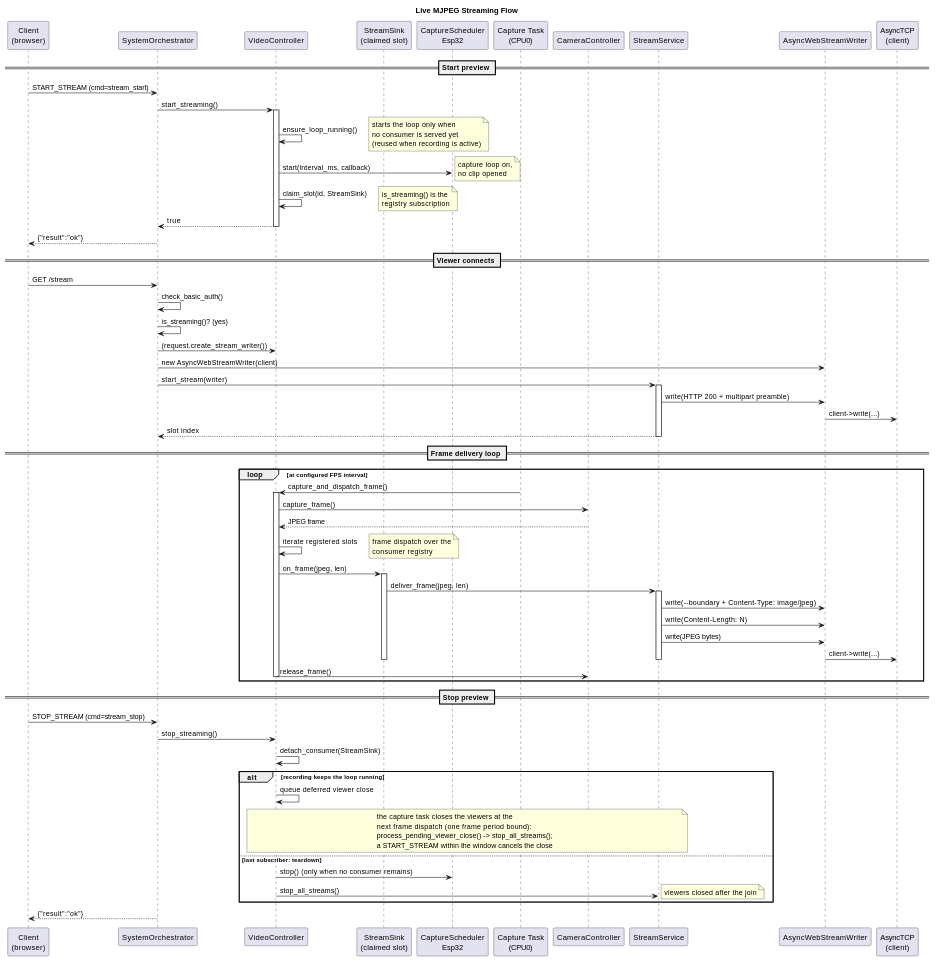
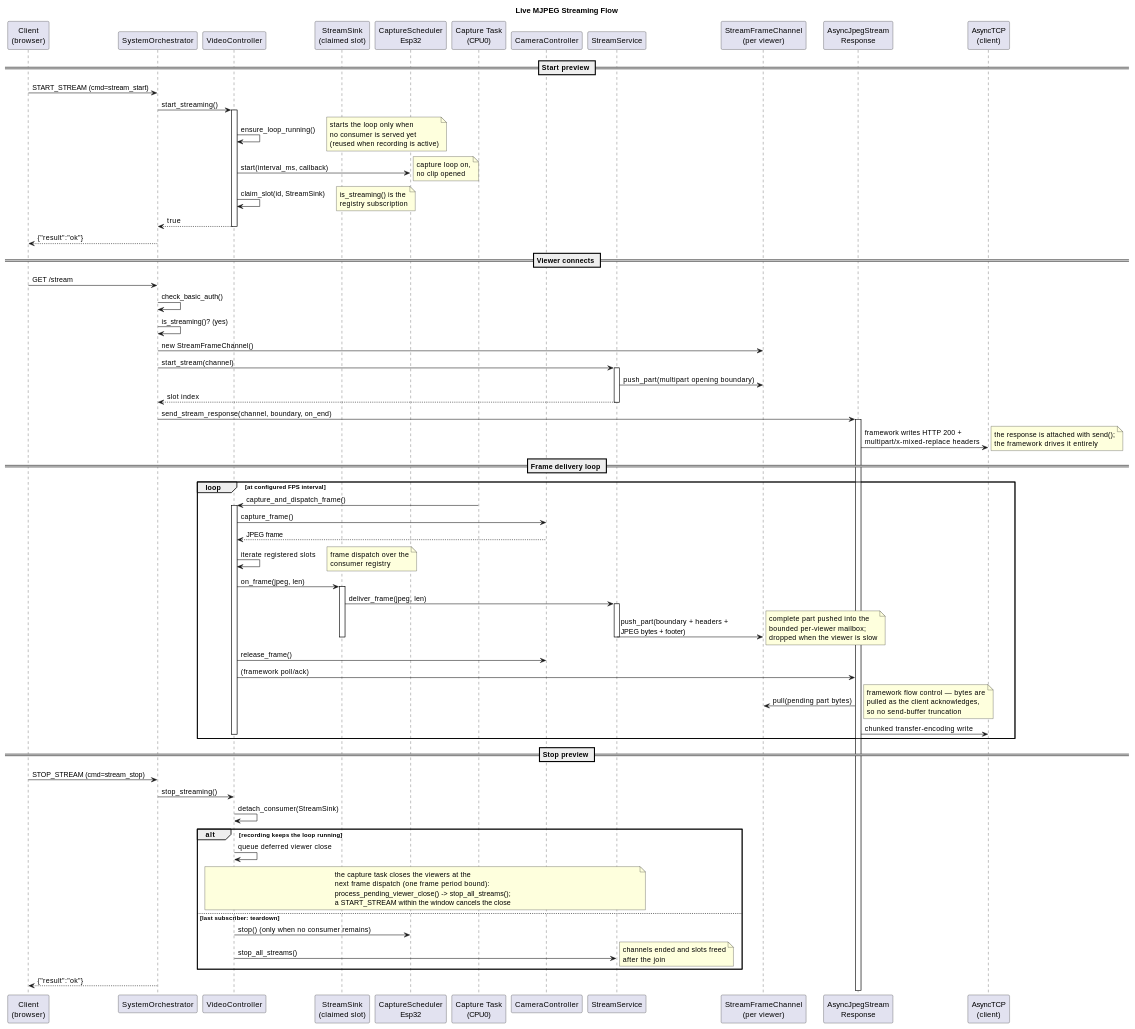
The seventh of 8 diagrams in docs/SYSTEM_DESIGN.md (timwalsh41/micro-security-cam), drawn with PlantUML before and after one commit. The commit also changed other lines of this file and 19 other files, not shown here.

```diff
--- a/docs/SYSTEM_DESIGN.md
+++ b/docs/SYSTEM_DESIGN.md
@@ -1739,7 +1744,8 @@
 participant "Capture Task\n(CPU0)" as TASK
 participant "CameraController" as CAM
 participant "StreamService" as SS
-participant "AsyncWebStreamWriter" as WRITER
+participant "StreamFrameChannel\n(per viewer)" as CH
+participant "AsyncJpegStream\nResponse" as RESP
 participant "AsyncTCP\n(client)" as TCP
 
 == Start preview ==
@@ -1762,14 +1768,16 @@
 CLIENT -> ORCH : GET /stream
 ORCH -> ORCH : check_basic_auth()
 ORCH -> ORCH : is_streaming()? (yes)
-ORCH -> VC : (request.create_stream_writer())
-ORCH -> WRITER : new AsyncWebStreamWriter(client)
-ORCH -> SS : start_stream(writer)
+ORCH -> CH : new StreamFrameChannel()
+ORCH -> SS : start_stream(channel)
 activate SS
-SS -> WRITER : write(HTTP 200 + multipart preamble)
-WRITER -> TCP : client->write(...)
+SS -> CH : push_part(multipart opening boundary)
 SS --> ORCH : slot index
 deactivate SS
+ORCH -> RESP : send_stream_response(channel, boundary, on_end)
+activate RESP
+RESP -> TCP : framework writes HTTP 200 +\nmultipart/x-mixed-replace headers
+note right: the response is attached with send();\nthe framework drives it entirely
 
 == Frame delivery loop ==
 
@@ -1785,13 +1793,15 @@
 activate ST
 ST -> SS : deliver_frame(jpeg, len)
 activate SS
-SS -> WRITER : write(--boundary + Content-Type: image/jpeg)
-SS -> WRITER : write(Content-Length: N)
-SS -> WRITER : write(JPEG bytes)
-WRITER -> TCP : client->write(...)
+SS -> CH : push_part(boundary + headers +\nJPEG bytes + footer)
+note right: complete part pushed into the\nbounded per-viewer mailbox;\ndropped when the viewer is slow
 deactivate SS
 deactivate ST
 VC -> CAM : release_frame()
+VC -> RESP : (framework poll/ack)
+RESP -> CH : pull(pending part bytes)
+note right: framework flow control — bytes are\npulled as the client acknowledges,\nso no send-buffer truncation
+RESP -> TCP : chunked transfer-encoding write
 deactivate VC
 
 end
@@ -1812,7 +1822,7 @@
 else last subscriber: teardown
     VC -> CS : stop() (only when no consumer remains)
     VC -> SS : stop_all_streams()
-    note right: viewers closed after the join
+    note right: channels ended and slots freed\nafter the join
 end
 ORCH --> CLIENT : {"result":"ok"}
 
```
